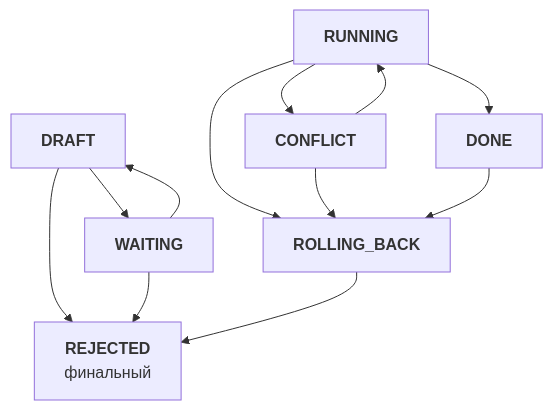
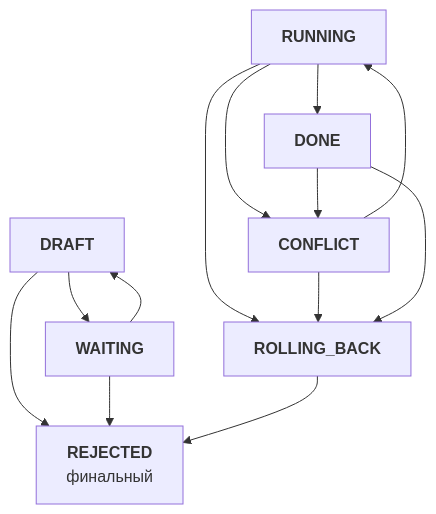
Before and after one commit to NSEvteev/FullSpec: the second of 5 diagrams in .claude/drafts/2026-02-08-specs-architecture.md, drawn with Mermaid. The commit also changed other lines of this file and 2 other files, not shown here.

````diff
--- a/.claude/drafts/2026-02-08-specs-architecture.md
+++ b/.claude/drafts/2026-02-08-specs-architecture.md
@@ -194,29 +194,30 @@
 ```mermaid
 graph TD
     DRAFT["<b>DRAFT</b>"]
 
     WAITING["<b>WAITING</b>"]
 
     RUNNING["<b>RUNNING</b>"]
 
     DONE["<b>DONE</b>"]
 
     CONFLICT["<b>CONFLICT</b>"]
 
     ROLLING_BACK["<b>ROLLING_BACK</b>"]
 
     REJECTED["<b>REJECTED</b>
     финальный"]
 
     DRAFT --> WAITING
     DRAFT --> REJECTED
     WAITING --> REJECTED
     WAITING --> DRAFT
     RUNNING --> DONE
     RUNNING --> CONFLICT
     RUNNING --> ROLLING_BACK
     CONFLICT --> RUNNING
     CONFLICT --> ROLLING_BACK
     DONE --> ROLLING_BACK
+    DONE --> CONFLICT
     ROLLING_BACK --> REJECTED
 ```
````
